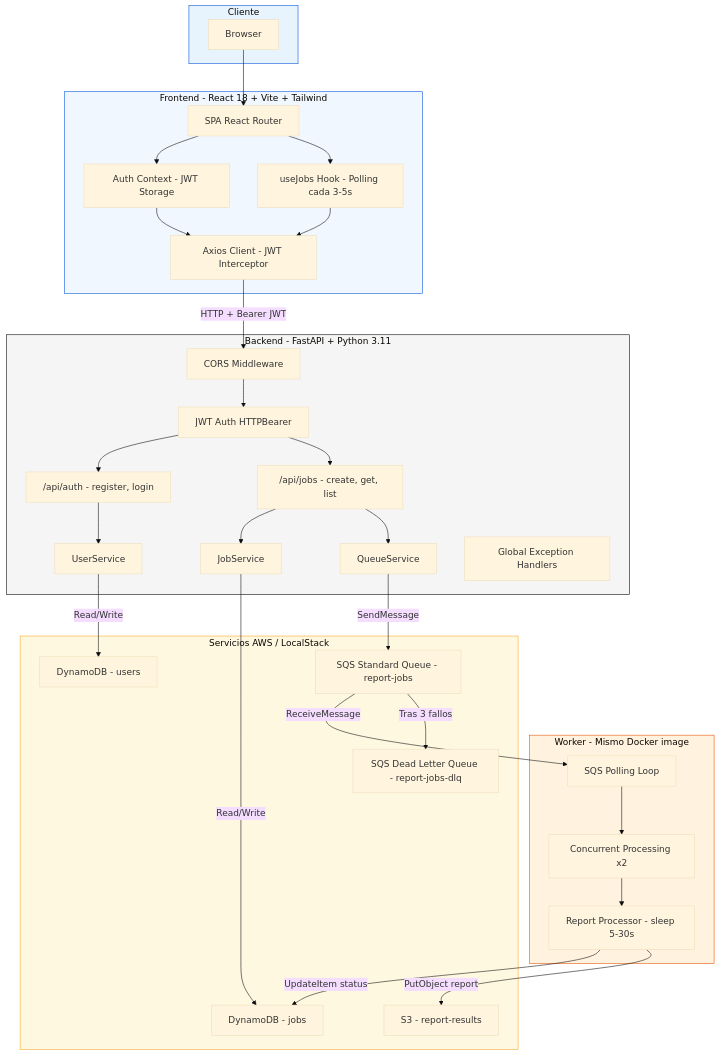
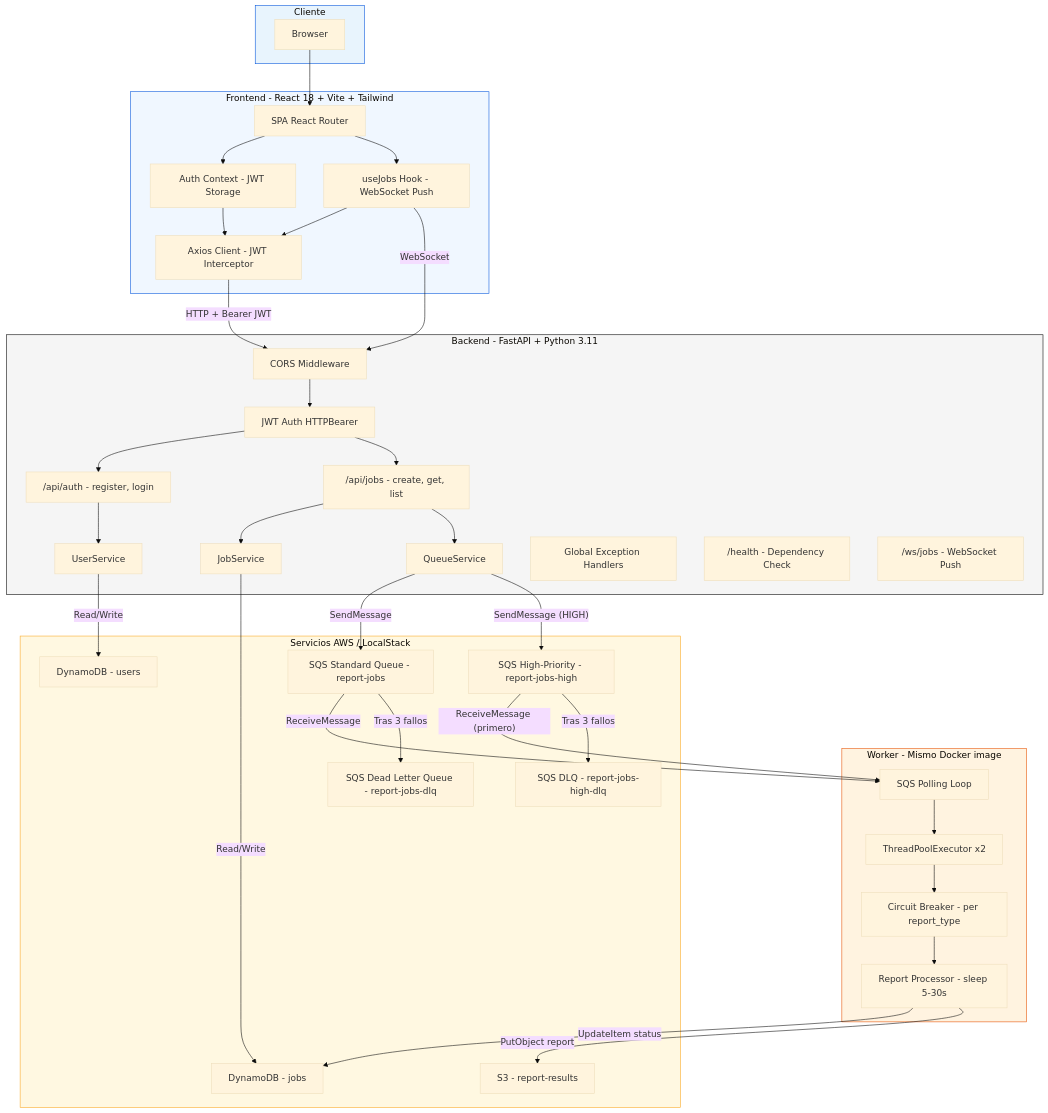
One commit to Joangeldelarosa/joangel-prosperas-challenge changed the first of 11 diagrams in TECHNICAL_DOCS.md. Above: the diagram before and after it, drawn with Mermaid (base theme). The commit also changed other lines of this file and 50 other files, not shown here.

````diff
--- a/TECHNICAL_DOCS.md
+++ b/TECHNICAL_DOCS.md
@@ -30,69 +30,79 @@
 ```mermaid
 graph TB
     subgraph Client["Cliente"]
         Browser["Browser"]
     end
 
     subgraph Frontend["Frontend - React 18 + Vite + Tailwind"]
         SPA["SPA React Router"]
         AuthCtx["Auth Context - JWT Storage"]
-        PollHook["useJobs Hook - Polling cada 3-5s"]
+        WSHook["useJobs Hook - WebSocket Push"]
         AxiosInt["Axios Client - JWT Interceptor"]
     end
 
     subgraph Backend["Backend - FastAPI + Python 3.11"]
         CORS["CORS Middleware"]
         AuthMW["JWT Auth HTTPBearer"]
         AuthR["/api/auth - register, login"]
         JobsR["/api/jobs - create, get, list"]
         UserSvc["UserService"]
         JobSvc["JobService"]
         QueueSvc["QueueService"]
         ExcH["Global Exception Handlers"]
+        HealthR["/health - Dependency Check"]
+        WSEndpoint["/ws/jobs - WebSocket Push"]
     end
 
     subgraph Worker["Worker - Mismo Docker image"]
         SQSPoll["SQS Polling Loop"]
         Processor["Report Processor - sleep 5-30s"]
-        Concurrent["Concurrent Processing x2"]
+        Concurrent["ThreadPoolExecutor x2"]
+        CircuitBrk["Circuit Breaker - per report_type"]
     end
 
     subgraph AWS["Servicios AWS / LocalStack"]
         SQS["SQS Standard Queue - report-jobs"]
         DLQ["SQS Dead Letter Queue - report-jobs-dlq"]
+        SQS_HIGH["SQS High-Priority - report-jobs-high"]
+        DLQ_HIGH["SQS DLQ - report-jobs-high-dlq"]
         DDB_Jobs["DynamoDB - jobs"]
         DDB_Users["DynamoDB - users"]
         S3["S3 - report-results"]
     end
 
     Browser --> SPA
     SPA --> AuthCtx
-    SPA --> PollHook
-    PollHook --> AxiosInt
+    SPA --> WSHook
+    WSHook --> AxiosInt
+    WSHook -->|"WebSocket"| CORS
     AuthCtx --> AxiosInt
     AxiosInt -->|"HTTP + Bearer JWT"| CORS
 
     CORS --> AuthMW
     AuthMW --> AuthR
     AuthMW --> JobsR
     AuthR --> UserSvc
     JobsR --> JobSvc
     JobsR --> QueueSvc
 
     UserSvc -->|"Read/Write"| DDB_Users
     JobSvc -->|"Read/Write"| DDB_Jobs
     QueueSvc -->|"SendMessage"| SQS
+    QueueSvc -->|"SendMessage (HIGH)"| SQS_HIGH
 
     SQS -->|"ReceiveMessage"| SQSPoll
     SQS -->|"Tras 3 fallos"| DLQ
+    SQS_HIGH -->|"ReceiveMessage (primero)"| SQSPoll
+    SQS_HIGH -->|"Tras 3 fallos"| DLQ_HIGH
     SQSPoll --> Concurrent
-    Concurrent --> Processor
+    Concurrent --> CircuitBrk
+    CircuitBrk --> Processor
     Processor -->|"UpdateItem status"| DDB_Jobs
     Processor -->|"PutObject report"| S3
 
     style Client fill:#e8f4fd,stroke:#0053db
     style Frontend fill:#f0f7ff,stroke:#0053db
     style Backend fill:#f5f5f5,stroke:#000
     style Worker fill:#fff3e0,stroke:#e65100
     style AWS fill:#fff8e1,stroke:#f9a825
 ```
````
